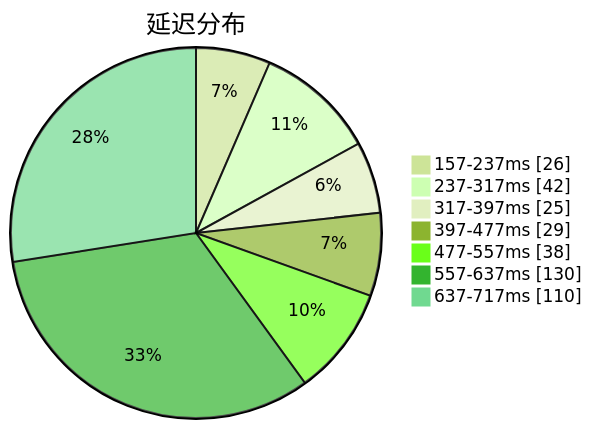
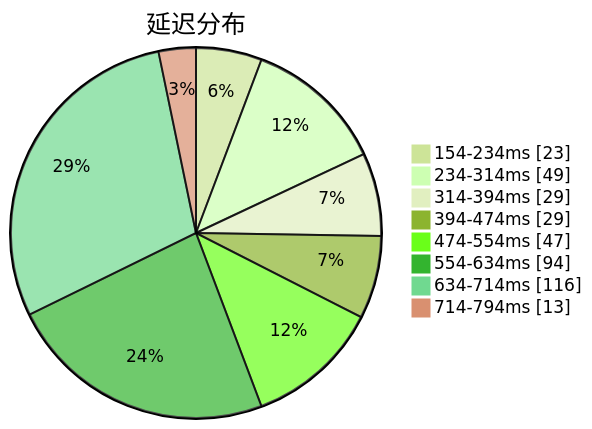
One commit to qjlxg/airport changed the first of 3 diagrams in subs/statistics/tested_within.md. Above: the diagram before and after it, drawn with Mermaid (forest theme). The commit also changed other lines of this file and 2 other files, not shown here.

Commit message:
Tested by metaST

````diff
--- a/subs/statistics/tested_within.md
+++ b/subs/statistics/tested_within.md
@@ -2,11 +2,12 @@
 ```mermaid
 pie showData
 title 延迟分布
-"157-237ms" : 26
-"237-317ms" : 42
-"317-397ms" : 25
-"397-477ms" : 29
-"477-557ms" : 38
-"557-637ms" : 130
-"637-717ms" : 110
+"154-234ms" : 23
+"234-314ms" : 49
+"314-394ms" : 29
+"394-474ms" : 29
+"474-554ms" : 47
+"554-634ms" : 94
+"634-714ms" : 116
+"714-794ms" : 13
 ```
````
